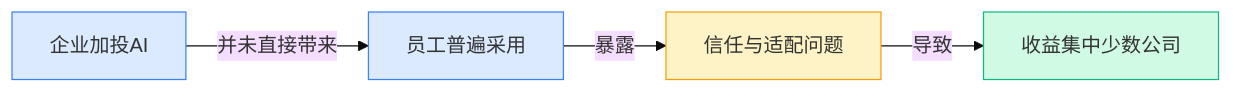
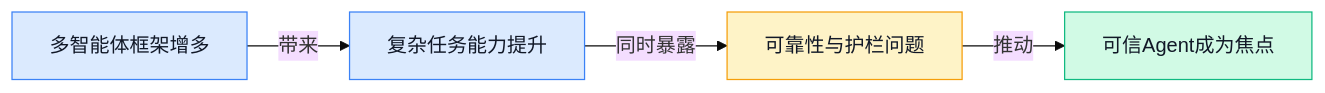
One commit to ylzsdafei/ai-daily-site changed the fifth of 8 diagrams in content/cn/blog/weekly/2026-W16.md. Above: the diagram before and after it, drawn with Mermaid (base theme). The commit also changed other lines of this file and 1 other file, not shown here.

````diff
--- a/content/cn/blog/weekly/2026-W16.md
+++ b/content/cn/blog/weekly/2026-W16.md
@@ -151,12 +144,10 @@
 ```mermaid
 graph LR
-A[企业加投AI] -->|并未直接带来| B[员工普遍采用]
-B -->|暴露| C[信任与适配问题]
-C -->|导致| D[收益集中少数公司]
-classDef blue fill:#dbeafe,stroke:#3b82f6
-classDef yellow fill:#fef3c7,stroke:#f59e0b
-classDef green fill:#d1fae5,stroke:#10b981
+A[多智能体框架增多] -->|带来| B[复杂任务能力提升] -->|同时暴露| C[可靠性与护栏问题] -->|推动| D[可信Agent成为焦点]
+classDef blue fill:#dbeafe,stroke:#3b82f6,color:#111827
+classDef yellow fill:#fef3c7,stroke:#f59e0b,color:#111827
+classDef green fill:#d1fae5,stroke:#10b981,color:#111827
 class A,B blue
 class C yellow
 class D green
 ```
````
